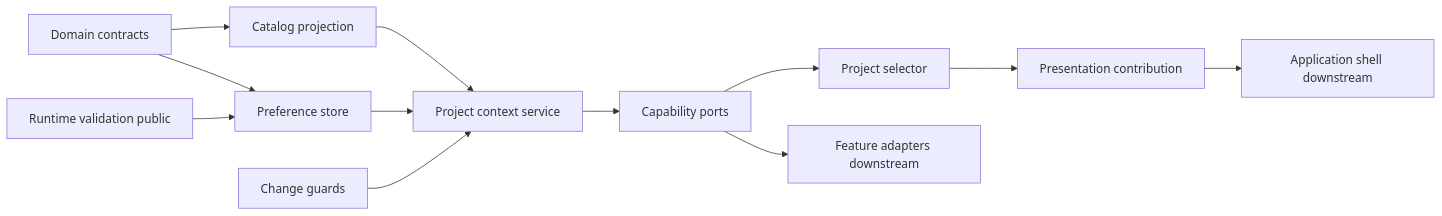
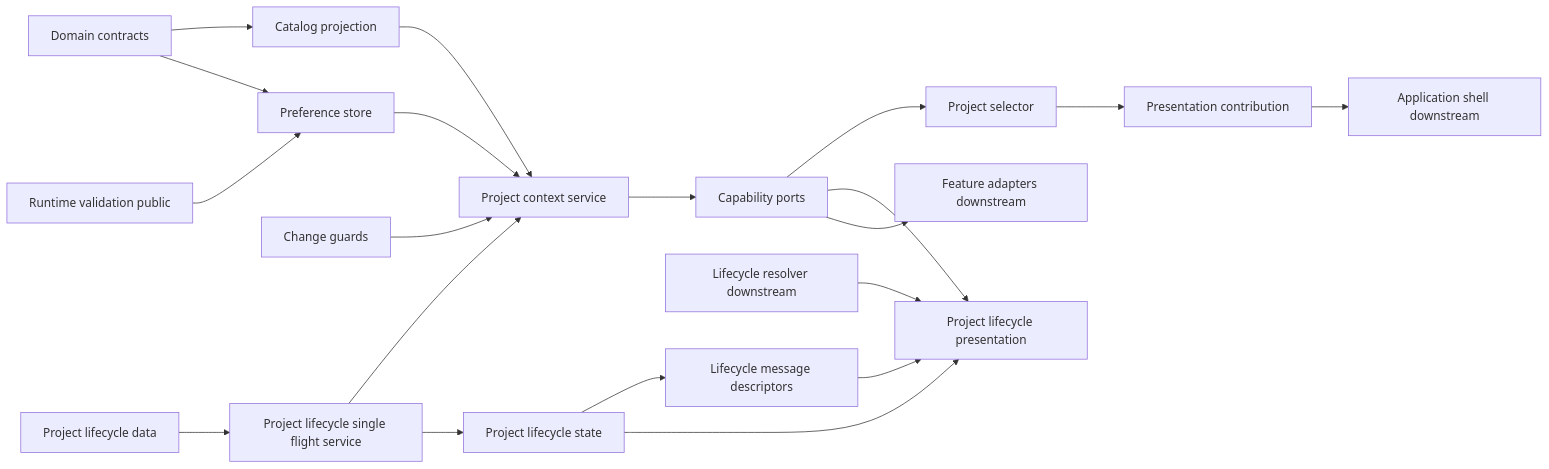
Before and after one commit to Huruikagi/pc-build-planner: the first of 5 diagrams in .kiro/specs/project-context/design.md, drawn with Mermaid. The commit also changed other lines of this file and 85 other files, not shown here.

````diff
--- a/.kiro/specs/project-context/design.md
+++ b/.kiro/specs/project-context/design.md
@@ -79,26 +98,40 @@
 ```mermaid
 graph LR
     Domain[Domain contracts]
     Validation[Runtime validation public]
     Catalog[Catalog projection]
     Preference[Preference store]
     Guards[Change guards]
+    LifecycleData[Project lifecycle data]
+    LifecycleService[Project lifecycle single flight service]
+    LifecycleState[Project lifecycle state]
+    LifecycleMessages[Lifecycle message descriptors]
+    LifecycleResolver[Lifecycle resolver downstream]
     Service[Project context service]
     PublicPorts[Capability ports]
     Selector[Project selector]
+    LifecycleUI[Project lifecycle presentation]
     Presentation[Presentation contribution]
     Shell[Application shell downstream]
     Features[Feature adapters downstream]
 
     Domain --> Catalog
     Domain --> Preference
     Validation --> Preference
     Catalog --> Service
     Preference --> Service
     Guards --> Service
+    LifecycleData --> LifecycleService
+    LifecycleService --> Service
+    LifecycleService --> LifecycleState
+    LifecycleState --> LifecycleMessages
     Service --> PublicPorts
     PublicPorts --> Selector
+    PublicPorts --> LifecycleUI
+    LifecycleState --> LifecycleUI
+    LifecycleMessages --> LifecycleUI
+    LifecycleResolver --> LifecycleUI
     Selector --> Presentation
     Presentation --> Shell
     PublicPorts --> Features
 ```
````
